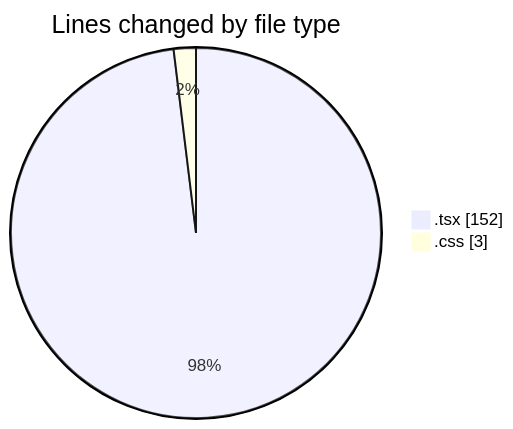
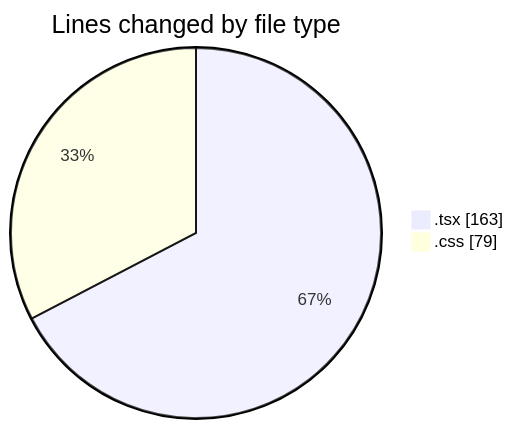
The first of 2 diagrams in 2025-08-12/ribbon/README.md (EIIisD/code-tracking), drawn with Mermaid before and after one commit. The commit also changed other lines of this file and 1 other file, not shown here.

````diff
--- a/2025-08-12/ribbon/README.md
+++ b/2025-08-12/ribbon/README.md
@@ -22,6 +25,6 @@
 ```mermaid
 pie showData
 title Lines changed by file type
-".tsx" : 152
-".css" : 3
+".tsx" : 163
+".css" : 79
 ```
````
